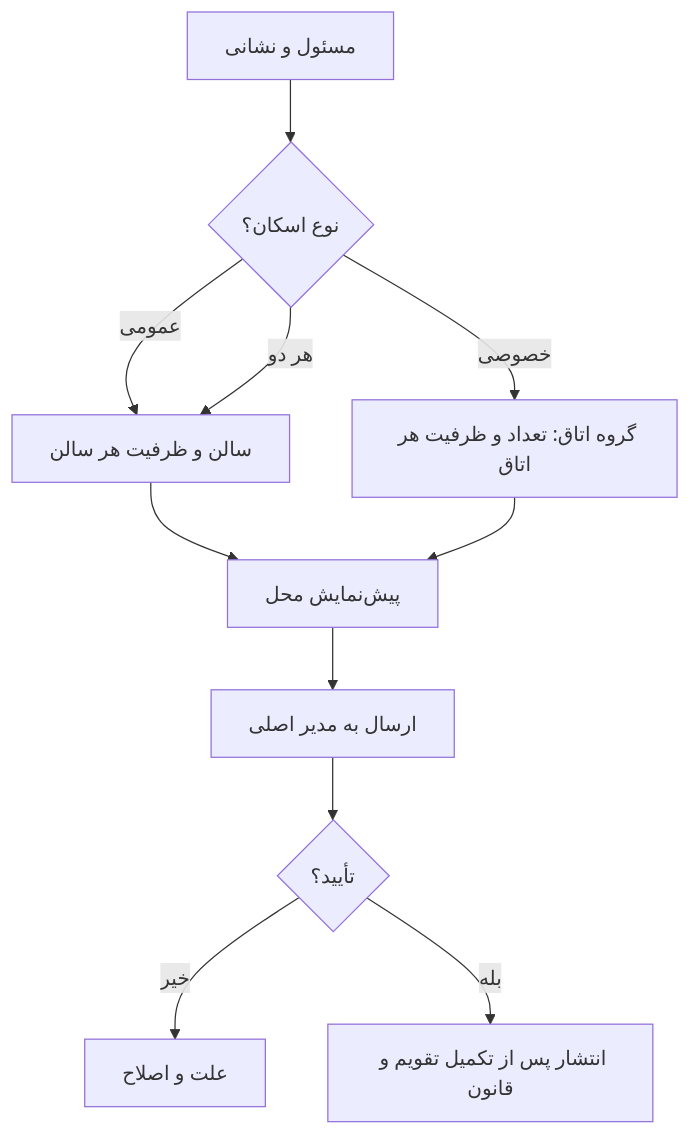
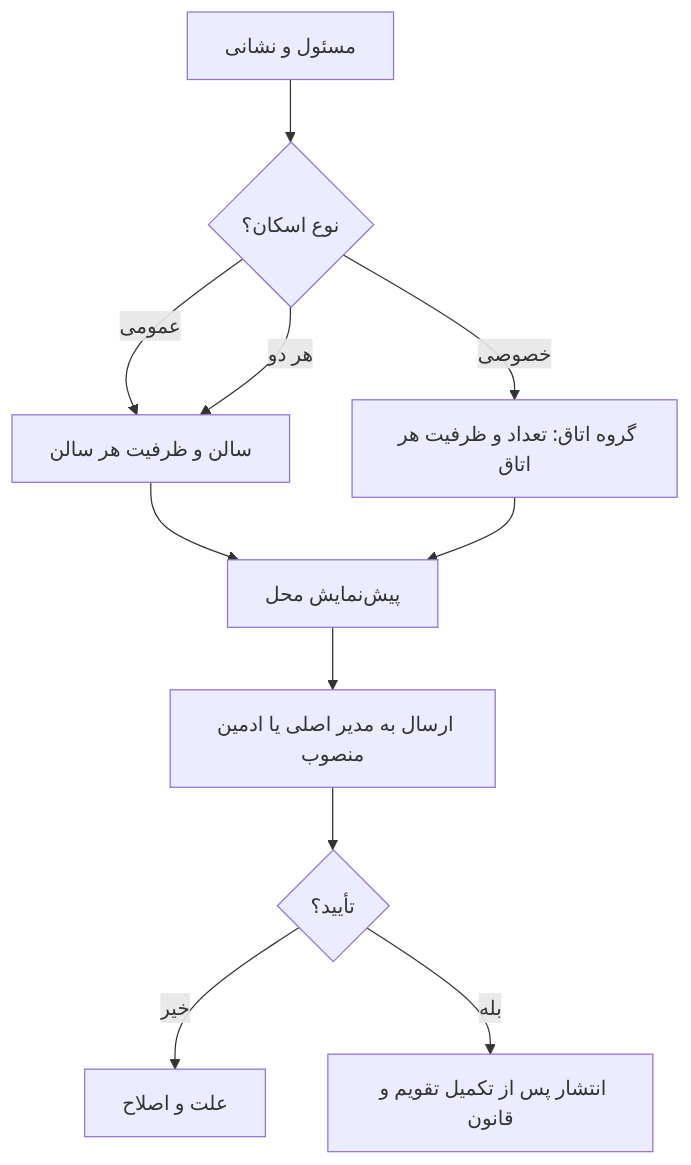
The diagram in docs/ai/masters/MASTER_03_HOST_ONBOARDING_AND_SPACES.md (elyas5203/rezervasiyonBOT), drawn with Mermaid before and after one commit. The commit also changed other lines of this file and 18 other files, not shown here.

````diff
--- a/docs/ai/masters/MASTER_03_HOST_ONBOARDING_AND_SPACES.md
+++ b/docs/ai/masters/MASTER_03_HOST_ONBOARDING_AND_SPACES.md
@@ -22,13 +22,13 @@
 ```mermaid
 flowchart TD
     A["مسئول و نشانی"] --> B{"نوع اسکان؟"}
     B -->|"عمومی"| C["سالن و ظرفیت هر سالن"]
     B -->|"خصوصی"| D["گروه اتاق: تعداد و ظرفیت هر اتاق"]
     B -->|"هر دو"| C
     C --> E["پیش‌نمایش محل"]
     D --> E
-    E --> F["ارسال به مدیر اصلی"]
+    E --> F["ارسال به مدیر اصلی یا ادمین منصوب"]
     F --> G{"تأیید؟"}
     G -->|"خیر"| H["علت و اصلاح"]
     G -->|"بله"| I["انتشار پس از تکمیل تقویم و قانون"]
 ```
````
